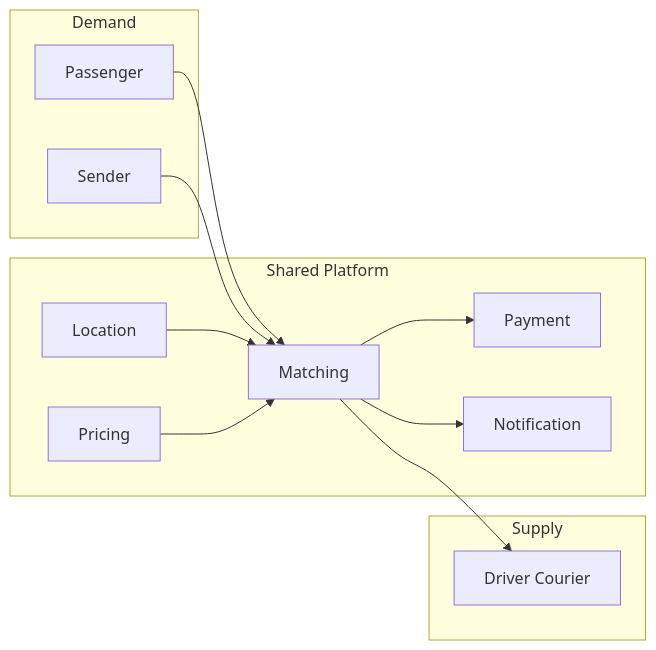
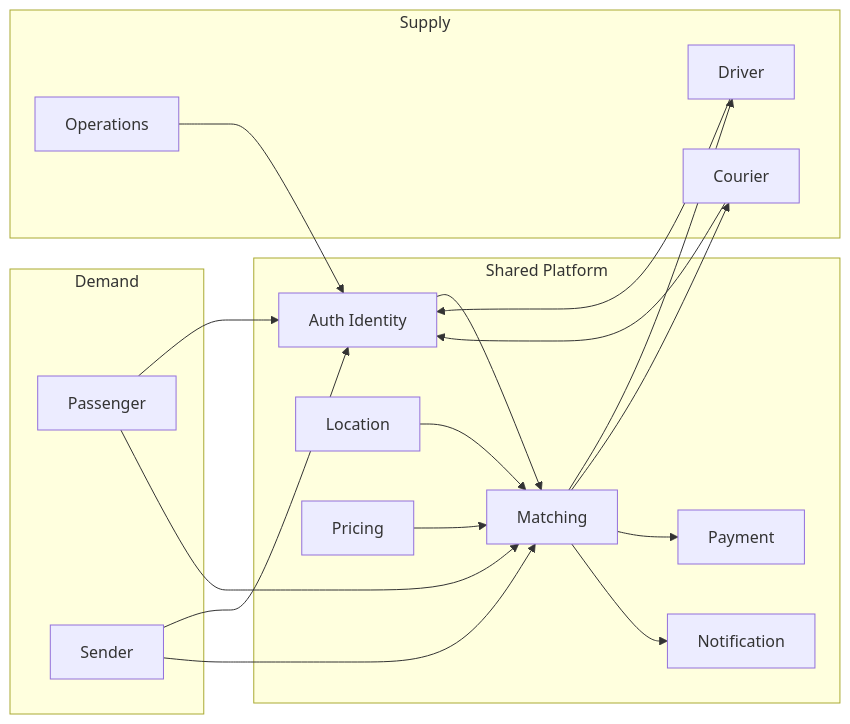
One commit to mostafiz57/Software-Architecture-Playbook changed the first of 16 diagrams in case-studies/mobility-delivery-platform/README.md. Above: the diagram before and after it, drawn with Mermaid. The commit also changed other lines of this file, not shown here.

Commit message:
added auth platfrom

````diff
--- a/case-studies/mobility-delivery-platform/README.md
+++ b/case-studies/mobility-delivery-platform/README.md
@@ -49,27 +49,37 @@
 ```mermaid
 flowchart LR
   subgraph Demand
     Passenger["Passenger"]
     Sender["Sender"]
   end
 
   subgraph Platform["Shared Platform"]
+    Auth["Auth Identity"]
     Loc["Location"]
     Match["Matching"]
     Price["Pricing"]
     Pay["Payment"]
     Notify["Notification"]
   end
 
   subgraph Supply
-    Driver["Driver Courier"]
+    Driver["Driver"]
+    Courier["Courier"]
+    Ops["Operations"]
   end
 
+  Passenger --> Auth
+  Sender --> Auth
+  Driver --> Auth
+  Courier --> Auth
+  Ops --> Auth
+  Auth --> Match
   Passenger --> Match
   Sender --> Match
   Match --> Driver
+  Match --> Courier
   Loc --> Match
   Price --> Match
   Match --> Pay
   Match --> Notify
 ```
````
